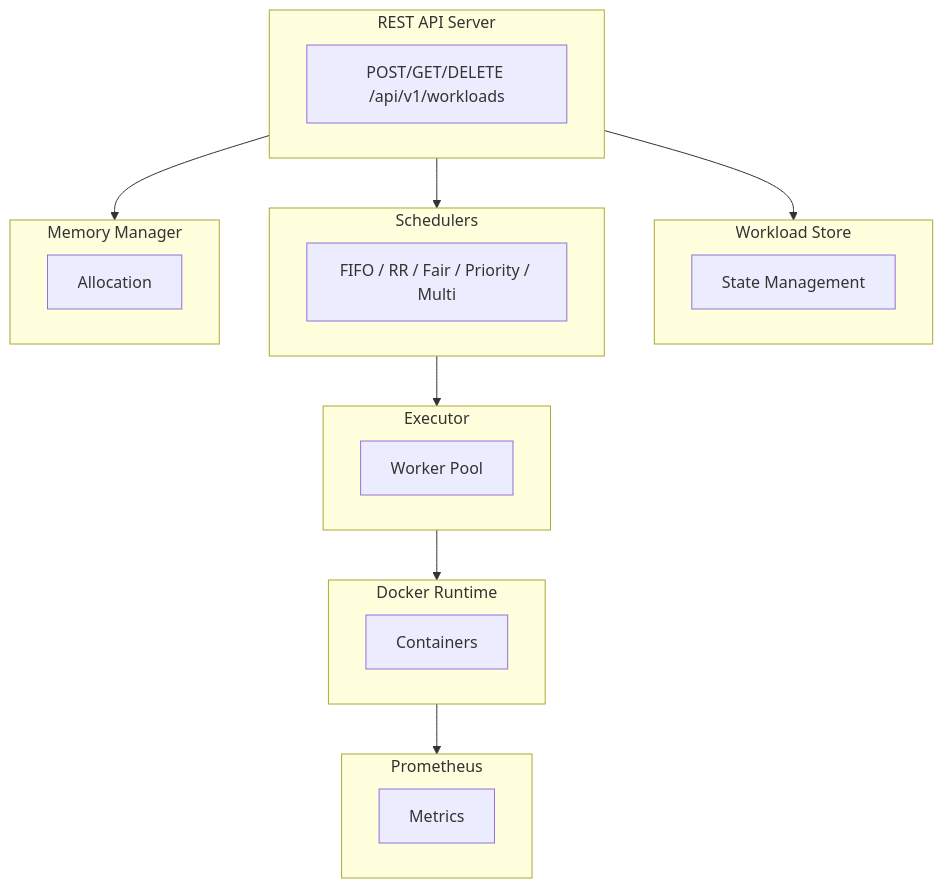
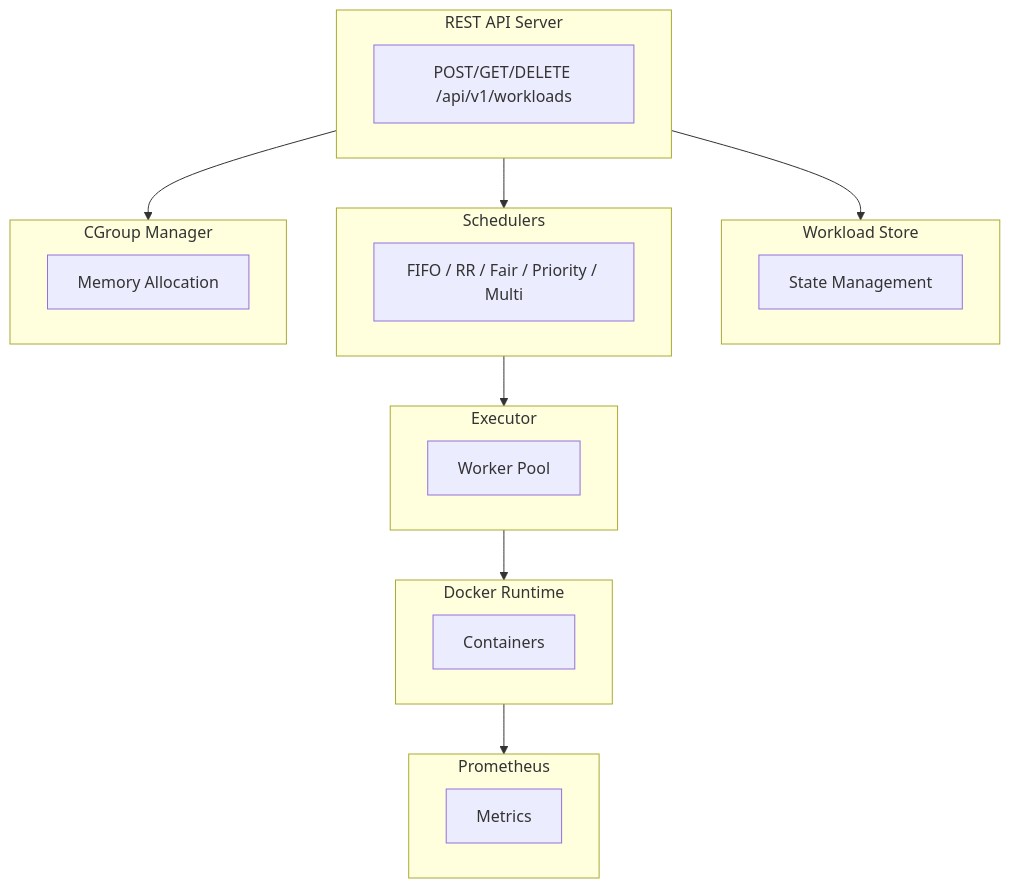
One commit to enesyesil/ckm changed the diagram in README.md. Above: the diagram before and after it, drawn with Mermaid. The commit also changed other lines of this file and 1 other file, not shown here.

````diff
--- a/README.md
+++ b/README.md
@@ -65,40 +67,40 @@
 ```mermaid
 flowchart TD
     subgraph API[REST API Server]
         endpoints["POST/GET/DELETE /api/v1/workloads"]
     end
 
     API --> Store
     API --> Schedulers
     API --> Memory
 
     subgraph Store[Workload Store]
         storeDesc["State Management"]
     end
 
     subgraph Schedulers[Schedulers]
         schedDesc["FIFO / RR / Fair / Priority / Multi"]
     end
 
-    subgraph Memory[Memory Manager]
-        memDesc["Allocation"]
+    subgraph Memory[CGroup Manager]
+        memDesc["Memory Allocation"]
     end
 
     Schedulers --> Executor
 
     subgraph Executor[Executor]
         execDesc["Worker Pool"]
     end
 
     Executor --> Docker
 
     subgraph Docker[Docker Runtime]
         dockerDesc["Containers"]
     end
 
     Docker --> Prometheus
 
     subgraph Prometheus[Prometheus]
         promDesc["Metrics"]
     end
 ```
````
